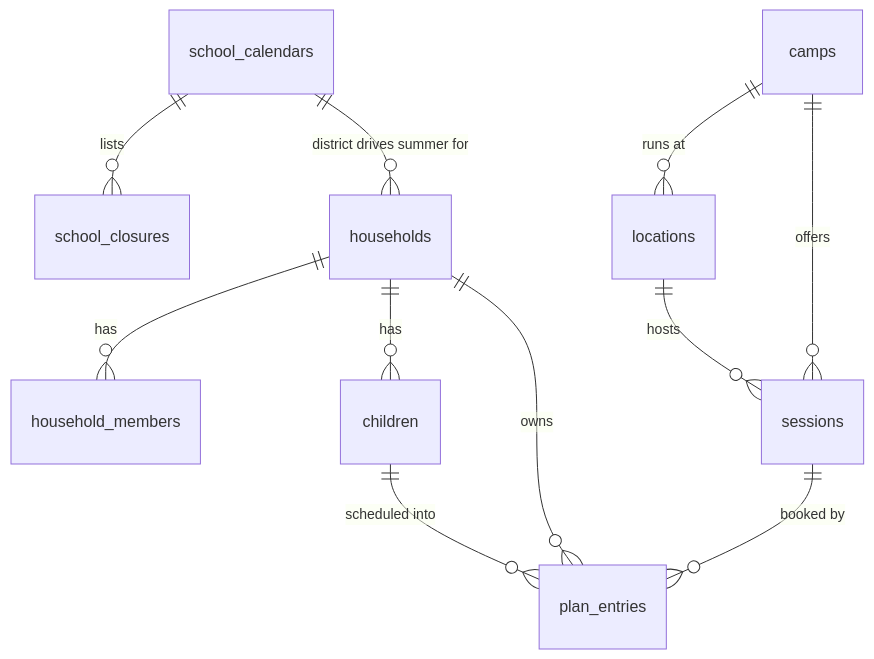
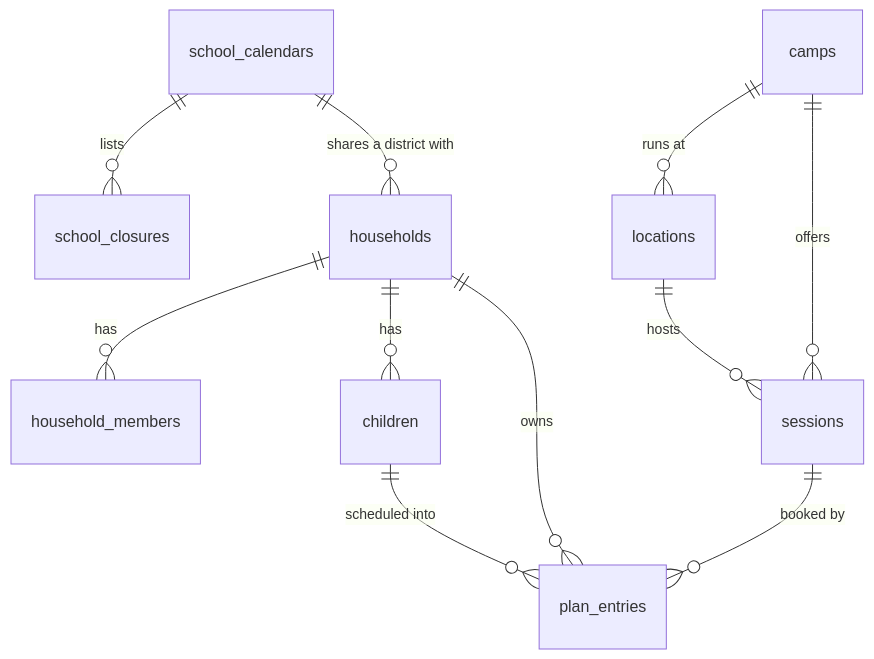
Before and after one commit to VTHoop/campout: the diagram in docs/ARCHITECTURE.md, drawn with Mermaid. The commit also changed other lines of this file and 7 other files, not shown here.

````diff
--- a/docs/ARCHITECTURE.md
+++ b/docs/ARCHITECTURE.md
@@ -36,13 +36,13 @@
 ```mermaid
 erDiagram
     camps ||--o{ locations : "runs at"
     camps ||--o{ sessions : offers
     locations ||--o{ sessions : hosts
     households ||--o{ household_members : "has"
     households ||--o{ children : "has"
     households ||--o{ plan_entries : owns
     children ||--o{ plan_entries : "scheduled into"
     sessions ||--o{ plan_entries : "booked by"
     school_calendars ||--o{ school_closures : "lists"
-    school_calendars ||--o{ households : "district drives summer for"
+    school_calendars ||--o{ households : "shares a district with"
 ```
````
